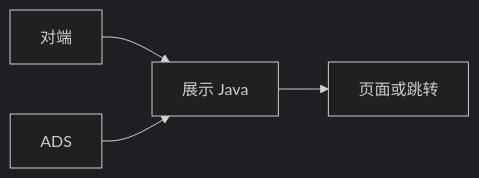
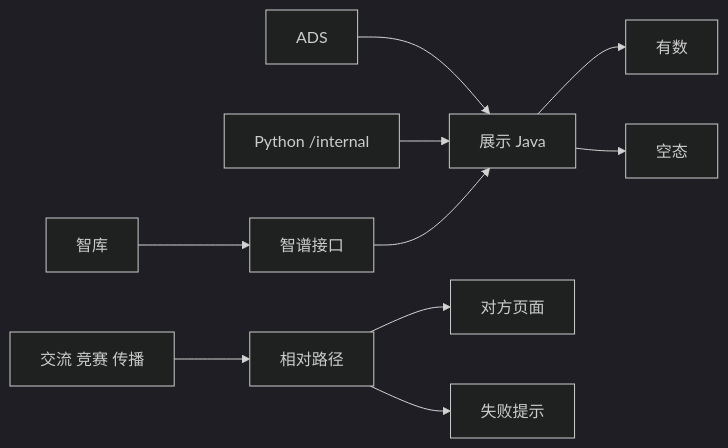
One commit to Marisolebxf/- changed the second of 2 diagrams in agent-delivery/工程过程/04-系统集成/05-展示系统集成/技术方案.md. Above: the diagram before and after it, drawn with Mermaid (dark theme). The commit also changed other lines of this file and 15 other files, not shown here.

````diff
--- a/agent-delivery/工程过程/04-系统集成/05-展示系统集成/技术方案.md
+++ b/agent-delivery/工程过程/04-系统集成/05-展示系统集成/技术方案.md
@@ -43,6 +201,12 @@
 ```mermaid
 flowchart LR
-  EXT[对端] --> J[展示 Java]
-  ADS[ADS] --> J
-  J --> FE[页面或跳转]
+  ADS[ADS] --> J[展示 Java]
+  PY[Python /internal] --> J
+  J --> DATA[有数]
+  J --> EMPTY[空态]
+  ZK[智库] --> ZP[智谱接口]
+  ZP --> J
+  ENTRY[交流 竞赛 传播] --> REL[相对路径]
+  REL --> PEER[对方页面]
+  REL --> FAIL[失败提示]
 ```
````
